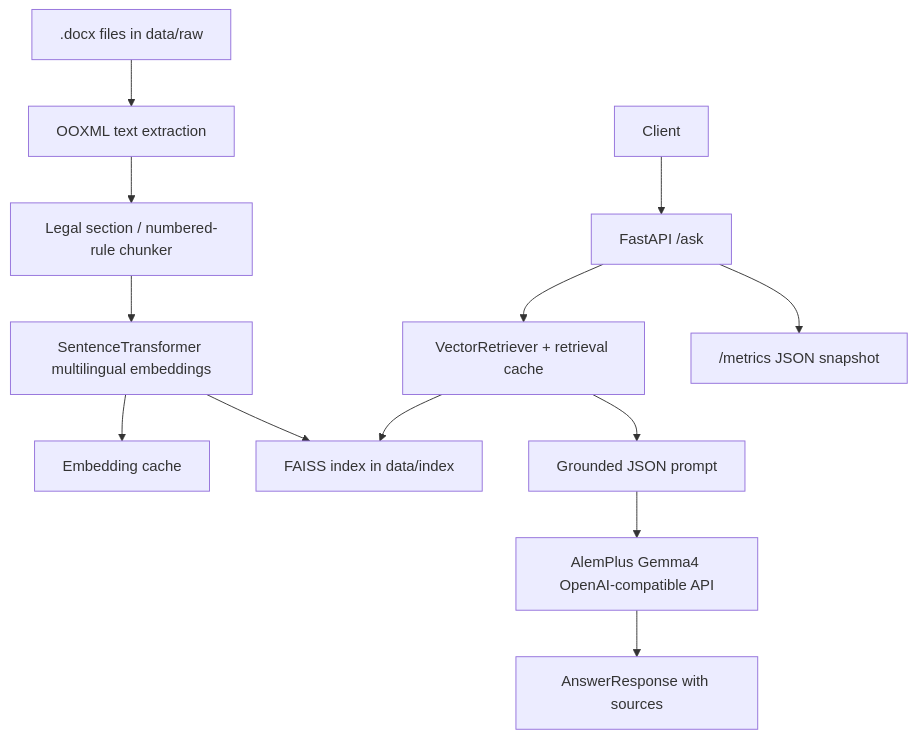
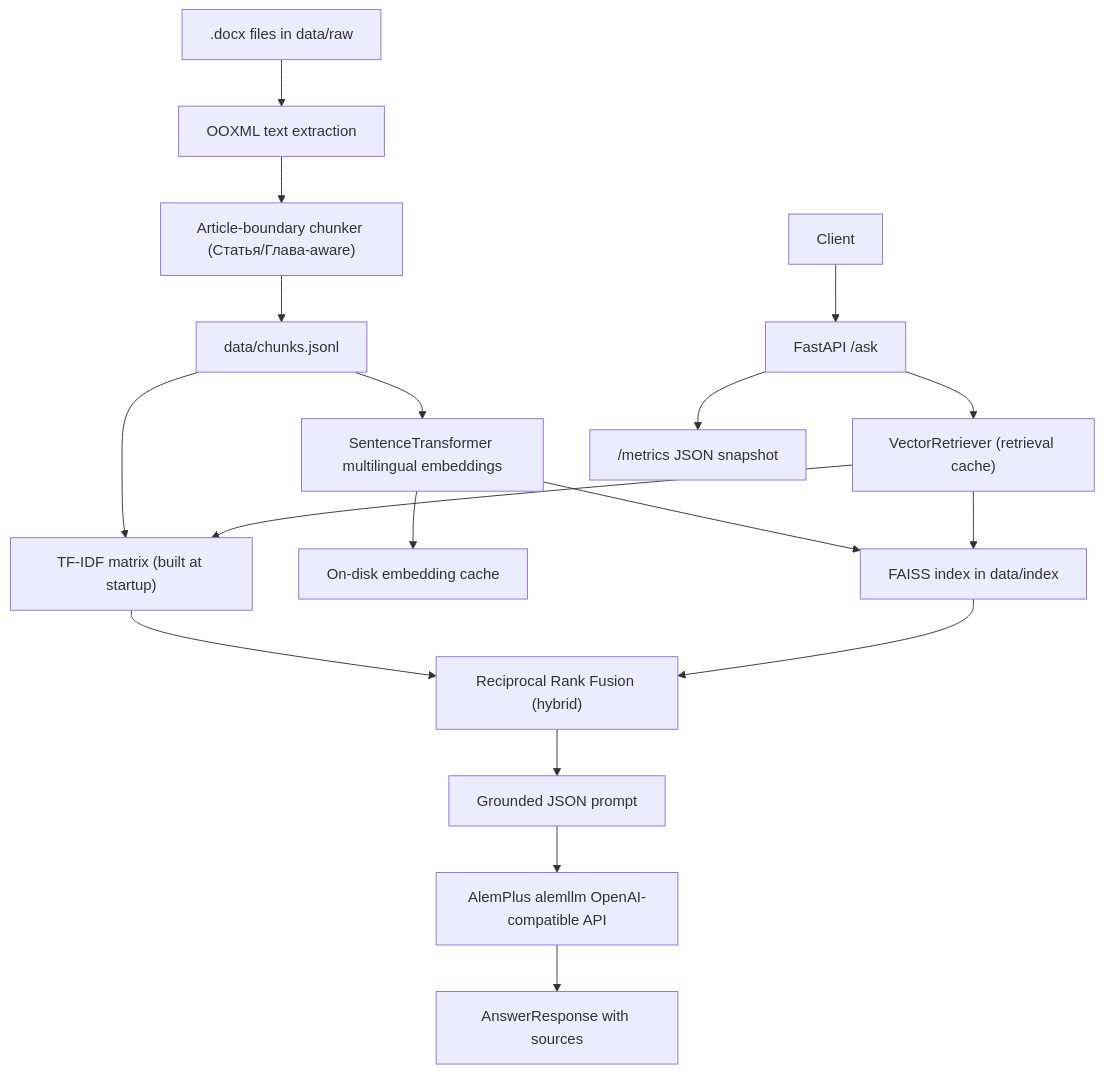
The diagram in README.md (Astana17/autosphere-rag), drawn with Mermaid before and after one commit. The commit also changed other lines of this file and 16 other files, not shown here.

````diff
--- a/README.md
+++ b/README.md
@@ -63,15 +66,20 @@
 ```mermaid
 graph TD
     Raw[".docx files in data/raw"] --> Extract["OOXML text extraction"]
-    Extract --> Chunk["Legal section / numbered-rule chunker"]
-    Chunk --> Embeddings["SentenceTransformer multilingual embeddings"]
-    Embeddings --> Cache["Embedding cache"]
+    Extract --> Chunk["Article-boundary chunker (Статья/Глава-aware)"]
+    Chunk --> ChunksFile["data/chunks.jsonl"]
+    ChunksFile --> Tfidf["TF-IDF matrix (built at startup)"]
+    ChunksFile --> Embeddings["SentenceTransformer multilingual embeddings"]
+    Embeddings --> EmbCache["On-disk embedding cache"]
     Embeddings --> Faiss["FAISS index in data/index"]
     User["Client"] --> API["FastAPI /ask"]
-    API --> Retriever["VectorRetriever + retrieval cache"]
+    API --> Retriever["VectorRetriever (retrieval cache)"]
+    Retriever --> Tfidf
     Retriever --> Faiss
-    Retriever --> Prompt["Grounded JSON prompt"]
-    Prompt --> LLM["AlemPlus Gemma4 OpenAI-compatible API"]
+    Tfidf --> RRF["Reciprocal Rank Fusion (hybrid)"]
+    Faiss --> RRF
+    RRF --> Prompt["Grounded JSON prompt"]
+    Prompt --> LLM["AlemPlus alemllm OpenAI-compatible API"]
     LLM --> Response["AnswerResponse with sources"]
     API --> Metrics["/metrics JSON snapshot"]
 ```
````
